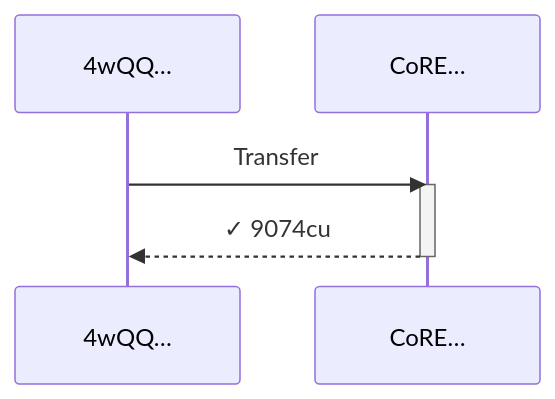
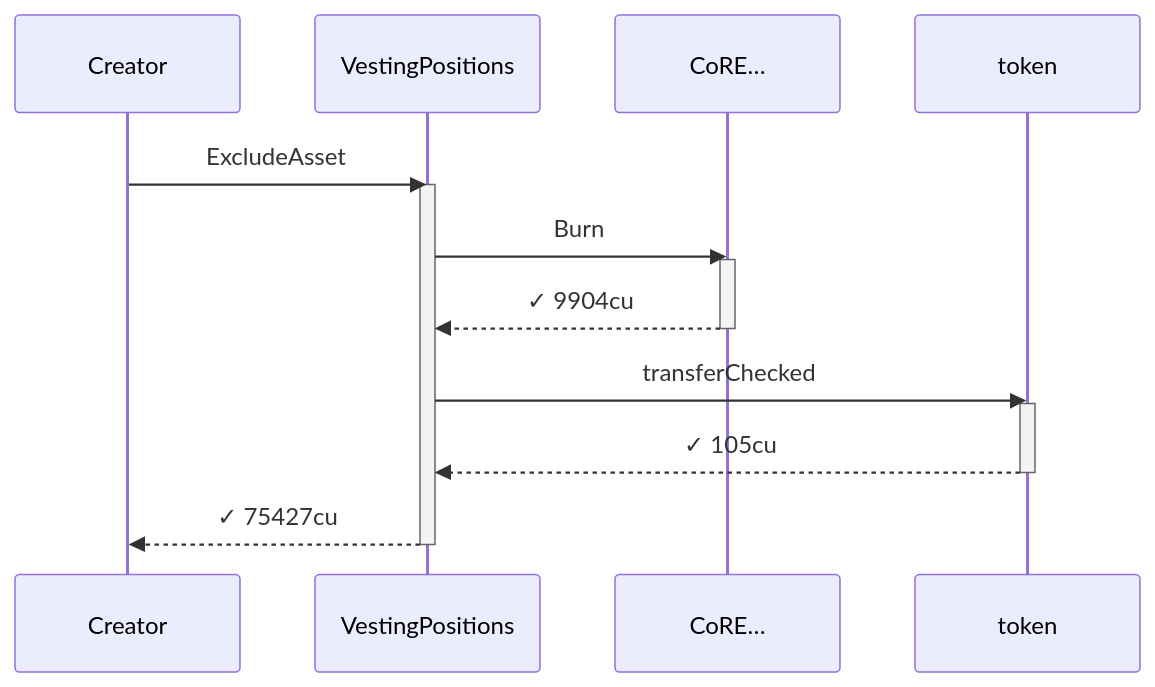
One commit to cds-turbin3/vesting-position changed the first of 3 diagrams in babelfish-tests/test-report/exclude_asset_burns_position.md. Above: the diagram before and after it, drawn with Mermaid. The commit also changed other lines of this file and 50 other files, not shown here.

````diff
--- a/babelfish-tests/test-report/exclude_asset_burns_position.md
+++ b/babelfish-tests/test-report/exclude_asset_burns_position.md
@@ -5,9 +5,19 @@
 ```mermaid
 sequenceDiagram
-    participant p0 as 4wQQ…
-    participant p1 as CoRE…
-    p0->>p1: Transfer
+    participant p0 as Creator
+    participant p1 as VestingPositions
+    participant p2 as CoRE…
+    participant p3 as token
+    p0->>p1: ExcludeAsset
     activate p1
-    p1-->>p0: ✓ 9074cu
+    p1->>p2: Burn
+    activate p2
+    p2-->>p1: ✓ 9904cu
+    deactivate p2
+    p1->>p3: transferChecked
+    activate p3
+    p3-->>p1: ✓ 105cu
+    deactivate p3
+    p1-->>p0: ✓ 75427cu
     deactivate p1
 ```
````
